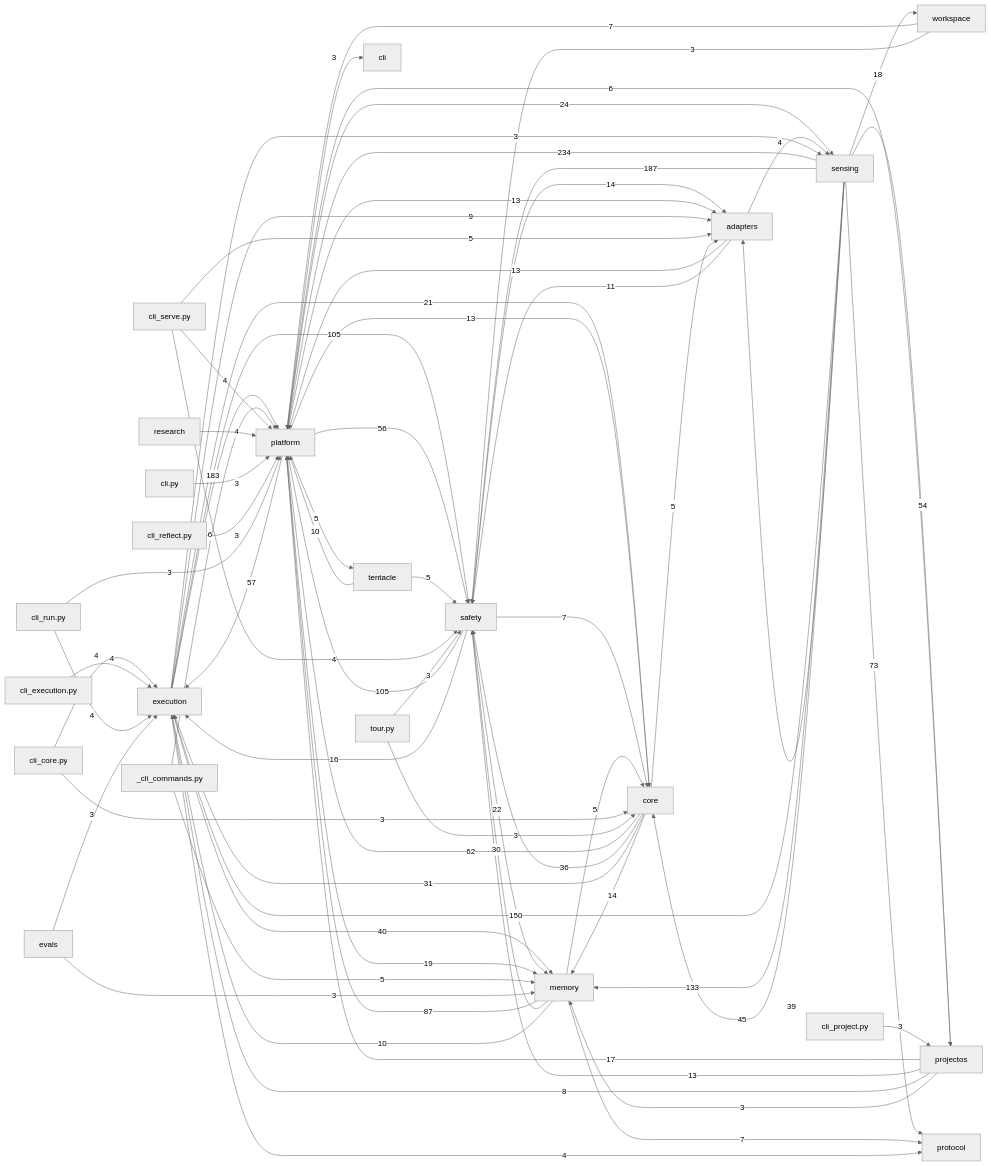
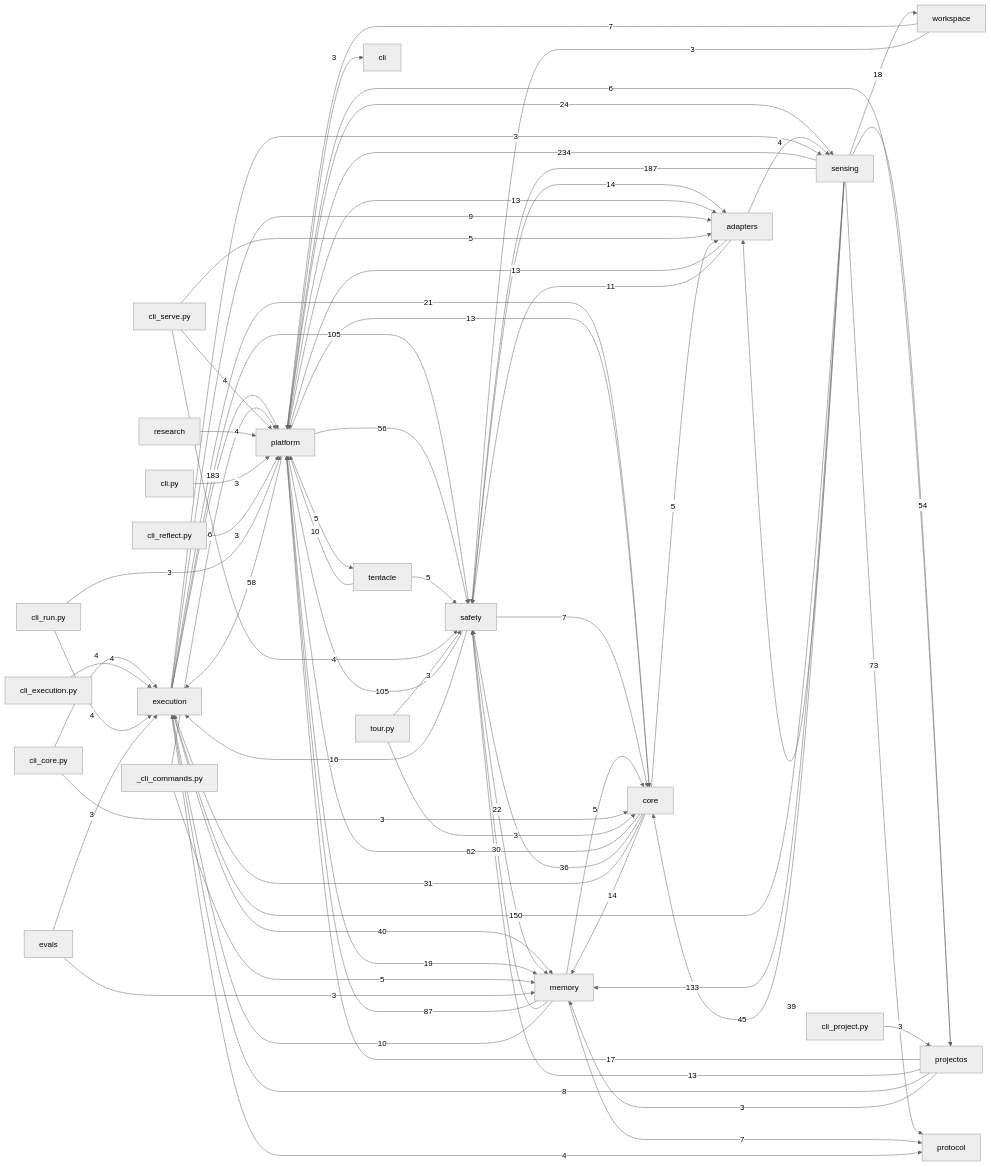
Before and after one commit to dengdenghua/echo-ai: the diagram in docs/auto/20-backend/index.md, drawn with Mermaid (neutral theme). The commit also changed 819 other files, not shown here.

````diff
--- a/docs/auto/20-backend/index.md
+++ b/docs/auto/20-backend/index.md
@@ -26,79 +26,79 @@
 ```mermaid
 graph LR
   execution[execution]
   core[core]
   safety[safety]
   memory[memory]
   sensing[sensing]
   adapters[adapters]
   platform[platform]
   sensing -- 234 --> platform
   sensing -- 187 --> safety
   execution -- 183 --> platform
   sensing -- 150 --> execution
   sensing -- 133 --> memory
   execution -- 105 --> safety
   safety -- 105 --> platform
   memory -- 87 --> platform
   sensing -- 73 --> protocol
   core -- 62 --> platform
-  platform -- 57 --> execution
+  platform -- 58 --> execution
   platform -- 56 --> safety
   sensing -- 54 --> projectos
   sensing -- 45 --> core
   execution -- 40 --> memory
   sensing -- 39 --> adapters
   core -- 36 --> safety
   core -- 31 --> execution
   memory -- 30 --> safety
   platform -- 24 --> sensing
   safety -- 22 --> memory
   execution -- 21 --> core
   platform -- 19 --> memory
   sensing -- 18 --> workspace
   projectos -- 17 --> platform
   safety -- 16 --> execution
   core -- 14 --> memory
   safety -- 14 --> adapters
   adapters -- 13 --> platform
   platform -- 13 --> adapters
   platform -- 13 --> core
   projectos -- 13 --> safety
   adapters -- 11 --> safety
   memory -- 10 --> execution
   tentacle -- 10 --> platform
   execution -- 9 --> adapters
   projectos -- 8 --> execution
   memory -- 7 --> protocol
   safety -- 7 --> core
   workspace -- 7 --> platform
   _cli_commands.py -- 6 --> platform
   platform -- 6 --> projectos
   _cli_commands.py -- 5 --> memory
   cli_serve.py -- 5 --> adapters
   core -- 5 --> adapters
   memory -- 5 --> core
   platform -- 5 --> tentacle
   tentacle -- 5 --> safety
   adapters -- 4 --> sensing
   cli_core.py -- 4 --> execution
   cli_execution.py -- 4 --> execution
   cli_run.py -- 4 --> execution
   cli_serve.py -- 4 --> platform
   cli_serve.py -- 4 --> safety
   execution -- 4 --> protocol
   research -- 4 --> platform
   cli.py -- 3 --> platform
   cli_core.py -- 3 --> core
   cli_project.py -- 3 --> projectos
   cli_reflect.py -- 3 --> platform
   cli_run.py -- 3 --> platform
   evals -- 3 --> execution
   evals -- 3 --> memory
   execution -- 3 --> sensing
   platform -- 3 --> cli
   projectos -- 3 --> memory
   tour.py -- 3 --> core
   tour.py -- 3 --> safety
   workspace -- 3 --> safety
 ```
````
